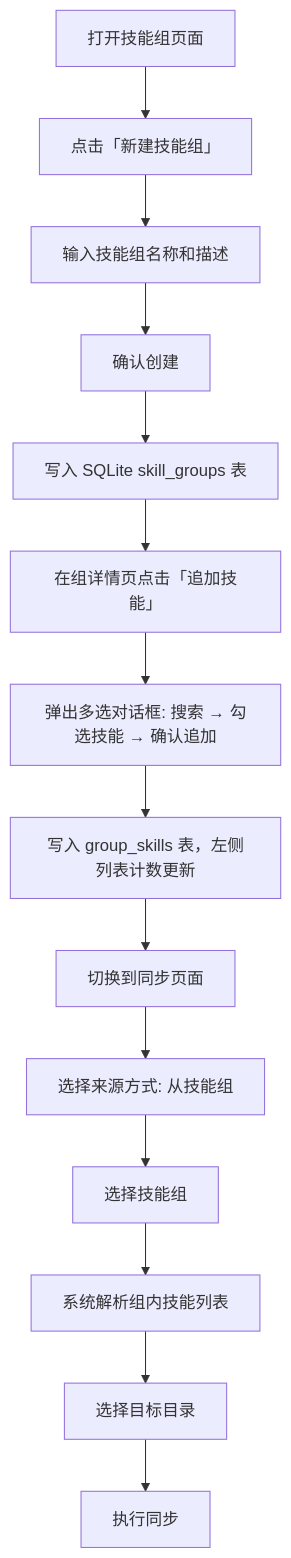
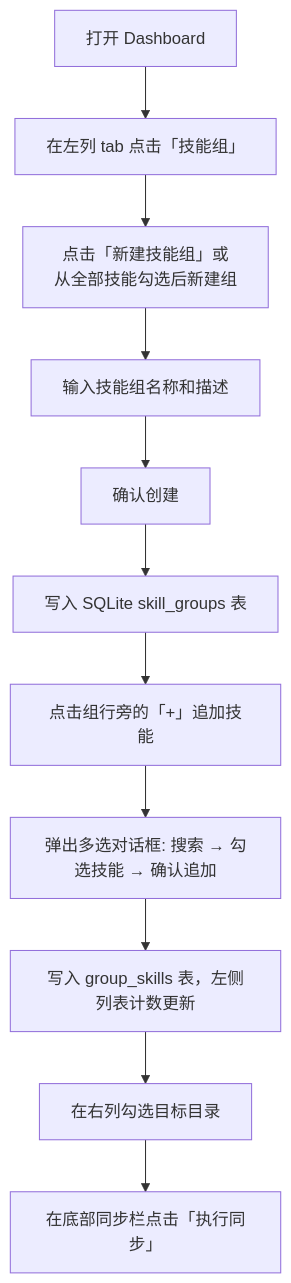
The second of 4 diagrams in docs/plan/skill-web-需求规格说明书.md (Aubyn/skill-web), drawn with Mermaid before and after one commit. The commit also changed other lines of this file and 4 other files, not shown here.

````diff
--- a/docs/plan/skill-web-需求规格说明书.md
+++ b/docs/plan/skill-web-需求规格说明书.md
@@ -69,16 +69,13 @@
 ```mermaid
 flowchart TD
-    A[打开技能组页面] --> B[点击「新建技能组」]
-    B --> C[输入技能组名称和描述]
-    C --> D[确认创建]
-    D --> E[写入 SQLite skill_groups 表]
-    E --> F[在组详情页点击「追加技能」]
-    F --> G[弹出多选对话框: 搜索 → 勾选技能 → 确认追加]
-    G --> H[写入 group_skills 表，左侧列表计数更新]
-    H --> I[切换到同步页面]
-    I --> J[选择来源方式: 从技能组]
-    J --> K[选择技能组]
-    K --> L[系统解析组内技能列表]
-    L --> M[选择目标目录]
-    M --> N[执行同步]
+    A[打开 Dashboard] --> B[在左列 tab 点击「技能组」]
+    B --> C[点击「新建技能组」或<br/>从全部技能勾选后新建组]
+    C --> D[输入技能组名称和描述]
+    D --> E[确认创建]
+    E --> F[写入 SQLite skill_groups 表]
+    F --> G[点击组行旁的「+」追加技能]
+    G --> H[弹出多选对话框: 搜索 → 勾选技能 → 确认追加]
+    H --> I[写入 group_skills 表，左侧列表计数更新]
+    I --> J[在右列勾选目标目录]
+    J --> K[在底部同步栏点击「执行同步」]
 ```
````
